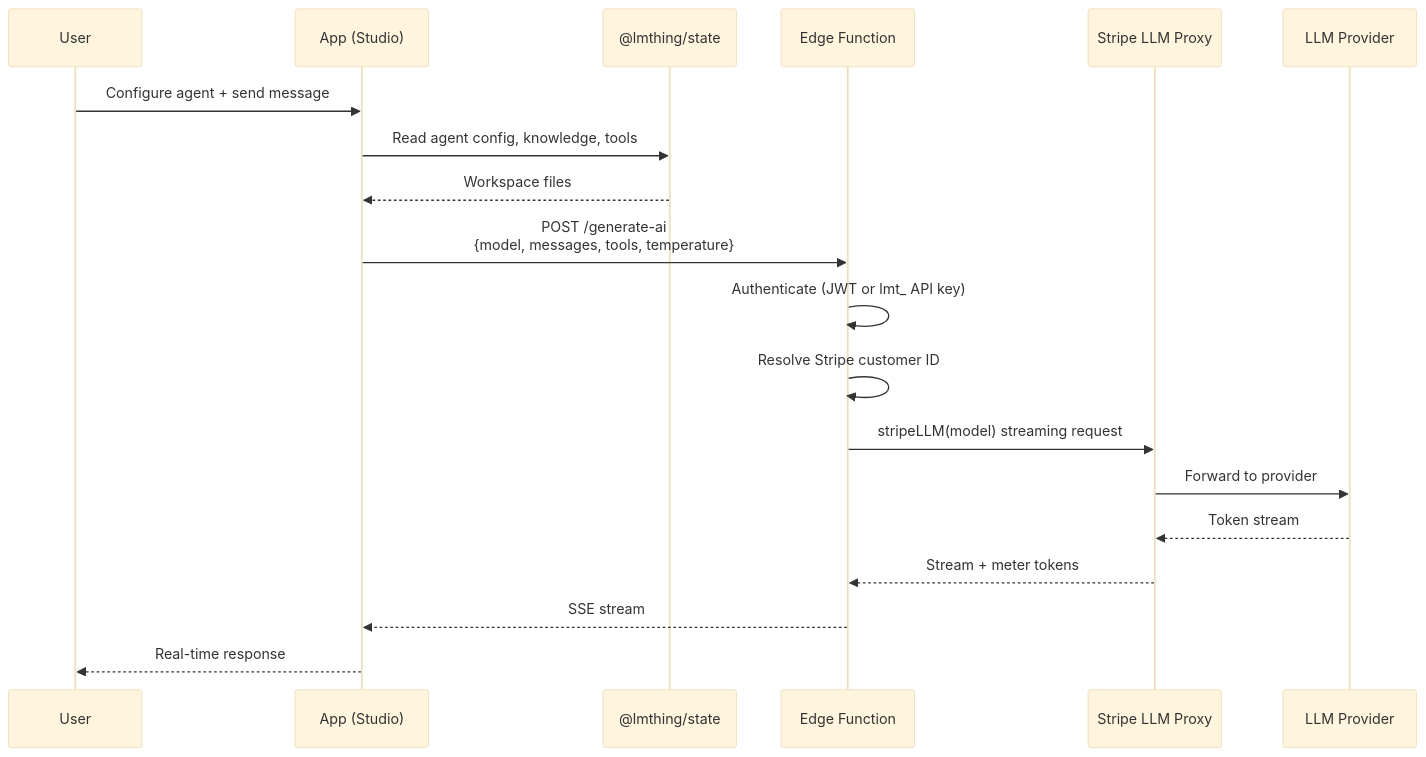
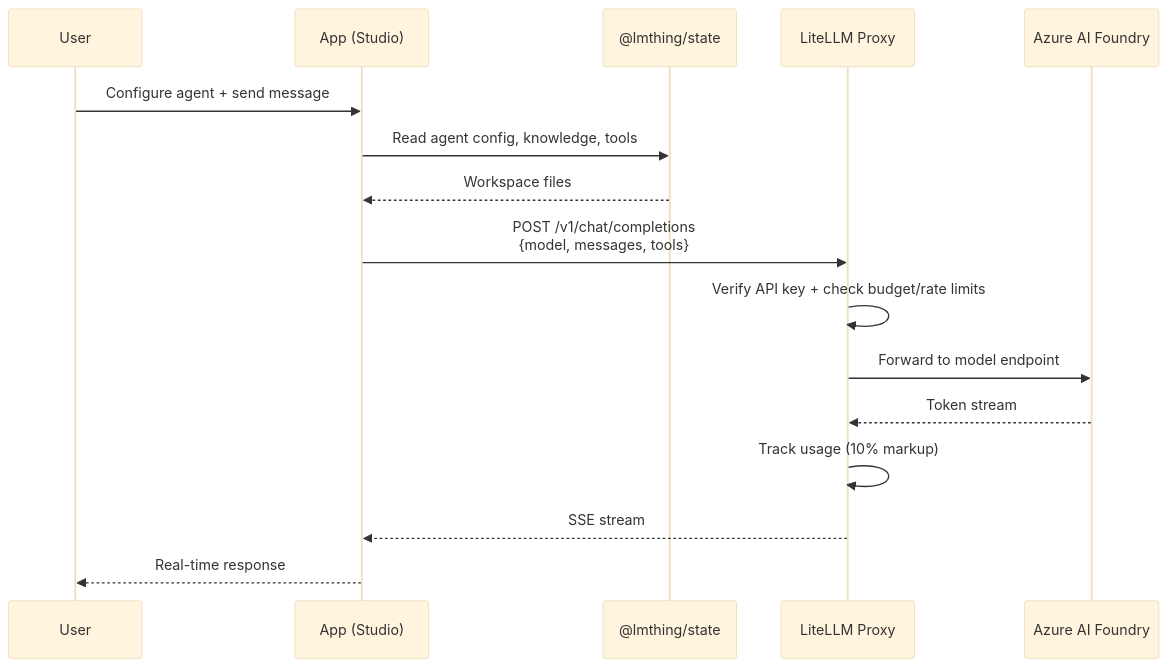
The sixth of 7 diagrams in CLAUDE.md (lmthing/lmthing), drawn with Mermaid (base theme) before and after one commit. The commit also changed other lines of this file and 5 other files, not shown here.

First line of the commit message:
docs: sync CLAUDE.md and knowledge docs with cloud/com architecture migration

````diff
--- a/CLAUDE.md
+++ b/CLAUDE.md
@@ -470,22 +483,19 @@
 ```mermaid
 sequenceDiagram
     participant User
     participant Studio as App (Studio)
     participant VFS as @lmthing/state
-    participant Edge as Edge Function
-    participant Stripe as Stripe LLM Proxy
-    participant LLM as LLM Provider
+    participant LiteLLM as LiteLLM Proxy
+    participant Azure as Azure AI Foundry
 
     User->>Studio: Configure agent + send message
     Studio->>VFS: Read agent config, knowledge, tools
     VFS-->>Studio: Workspace files
-    Studio->>Edge: POST /generate-ai<br/>{model, messages, tools, temperature}
-    Edge->>Edge: Authenticate (JWT or lmt_ API key)
-    Edge->>Edge: Resolve Stripe customer ID
-    Edge->>Stripe: stripeLLM(model) streaming request
-    Stripe->>LLM: Forward to provider
-    LLM-->>Stripe: Token stream
-    Stripe-->>Edge: Stream + meter tokens
-    Edge-->>Studio: SSE stream
+    Studio->>LiteLLM: POST /v1/chat/completions<br/>{model, messages, tools}
+    LiteLLM->>LiteLLM: Verify API key + check budget/rate limits
+    LiteLLM->>Azure: Forward to model endpoint
+    Azure-->>LiteLLM: Token stream
+    LiteLLM->>LiteLLM: Track usage (10% markup)
+    LiteLLM-->>Studio: SSE stream
     Studio-->>User: Real-time response
 ```
````
